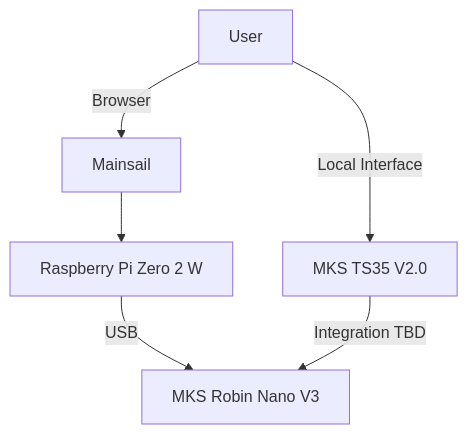
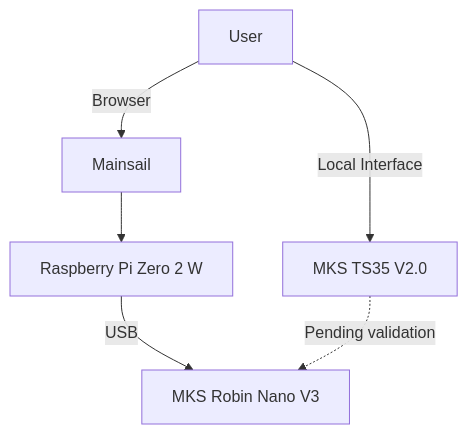
One commit to EdgarMata/MY-Machines-Docs changed the first of 2 diagrams in docs/3d-printers/my-cloner/wiring/display-and-filament-sensor.md. Above: the diagram before and after it, drawn with Mermaid. The commit also changed other lines of this file and 68 other files, not shown here.

````diff
--- a/docs/3d-printers/my-cloner/wiring/display-and-filament-sensor.md
+++ b/docs/3d-printers/my-cloner/wiring/display-and-filament-sensor.md
@@ -38,11 +40,11 @@
 ```mermaid
 graph TD
     USER[User]
 
     USER -->|Browser| MAINSAIL[Mainsail]
     MAINSAIL --> PI[Raspberry Pi Zero 2 W]
     PI -->|USB| BOARD[MKS Robin Nano V3]
 
     USER -->|Local Interface| TS35[MKS TS35 V2.0]
-    TS35 -->|Integration TBD| BOARD
+    TS35 -.->|Pending validation| BOARD
 ```
````
